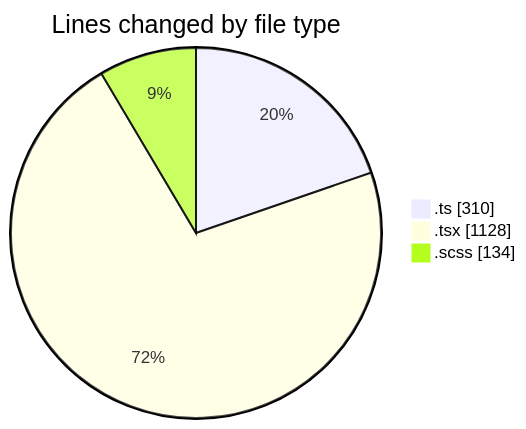
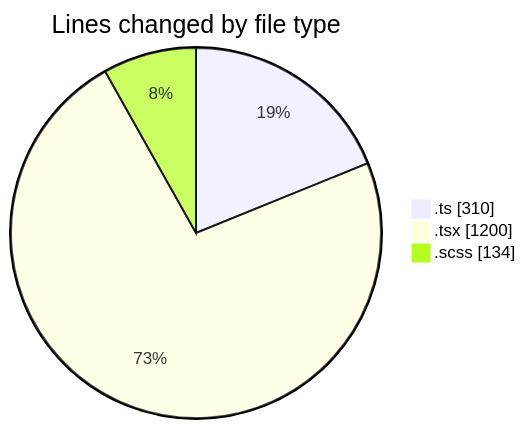
One commit to momahboobian/code-tracking changed the first of 2 diagrams in 2026-09-09/cda/README.md. Above: the diagram before and after it, drawn with Mermaid. The commit also changed other lines of this file and 1 other file, not shown here.

````diff
--- a/2026-09-09/cda/README.md
+++ b/2026-09-09/cda/README.md
@@ -34,7 +34,7 @@
 ```mermaid
 pie showData
 title Lines changed by file type
 ".ts" : 310
-".tsx" : 1128
+".tsx" : 1200
 ".scss" : 134
 ```
````
